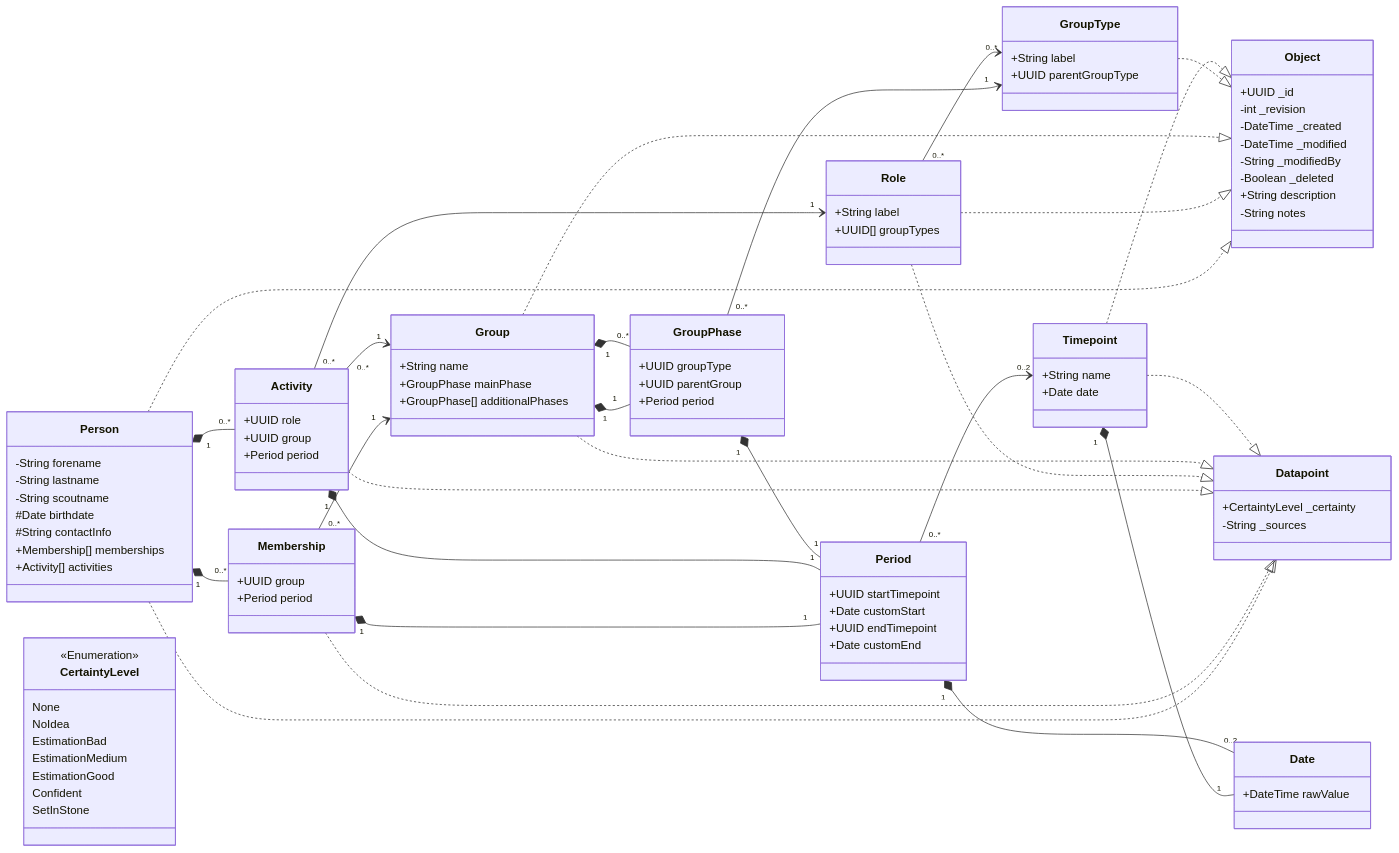
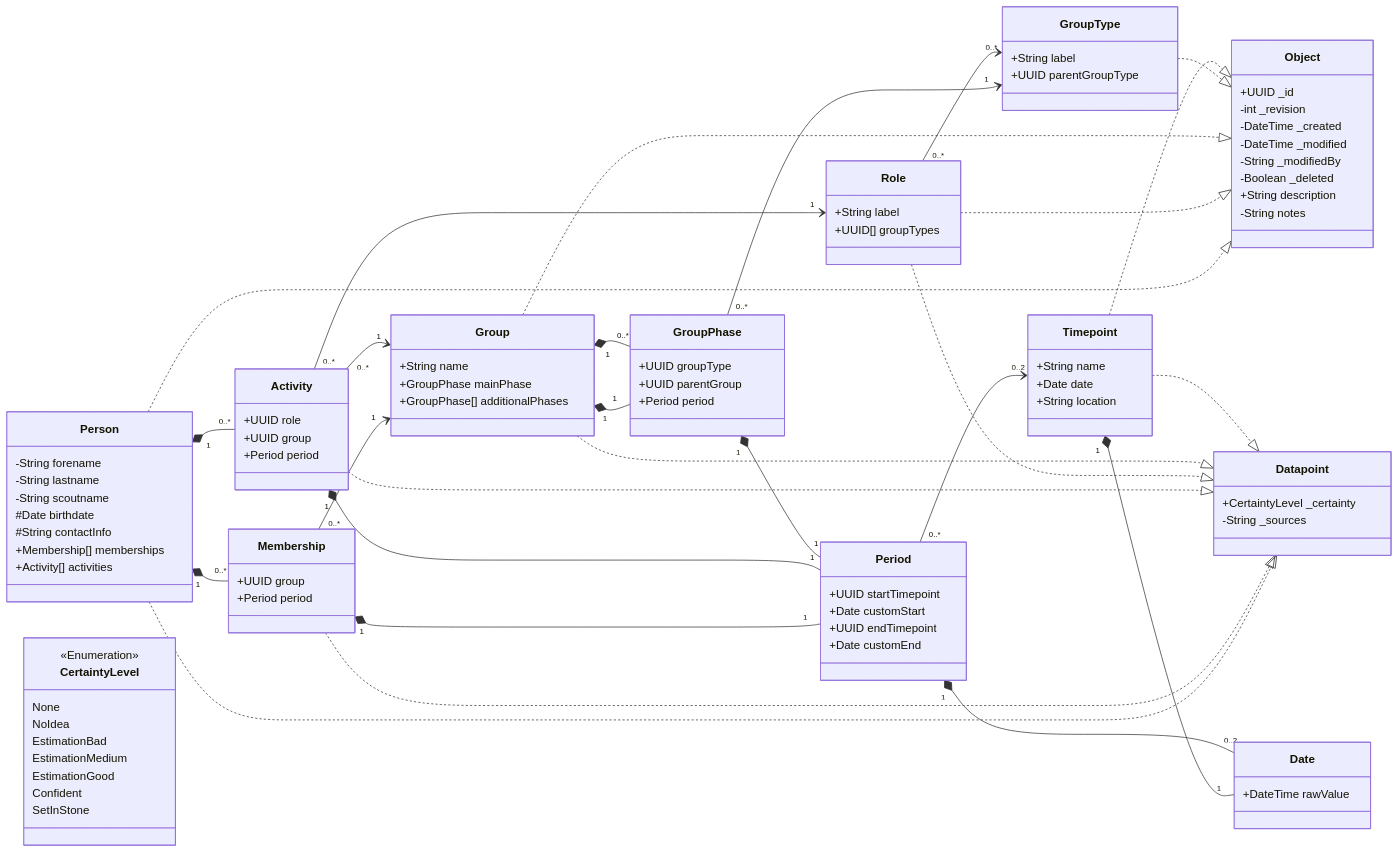
Before and after one commit to jrichter42/StammbaumDerVaganten: the diagram in README.md, drawn with Mermaid. The commit also changed 2 other files, not shown here.

Commit message:
feat: timepoint location

```diff
--- a/README.md
+++ b/README.md
@@ -142,6 +142,7 @@
 class Timepoint {
   +String name
   +Date date
+  +String location
 }
 Timepoint ..|> Object
 Timepoint ..|> Datapoint
```
